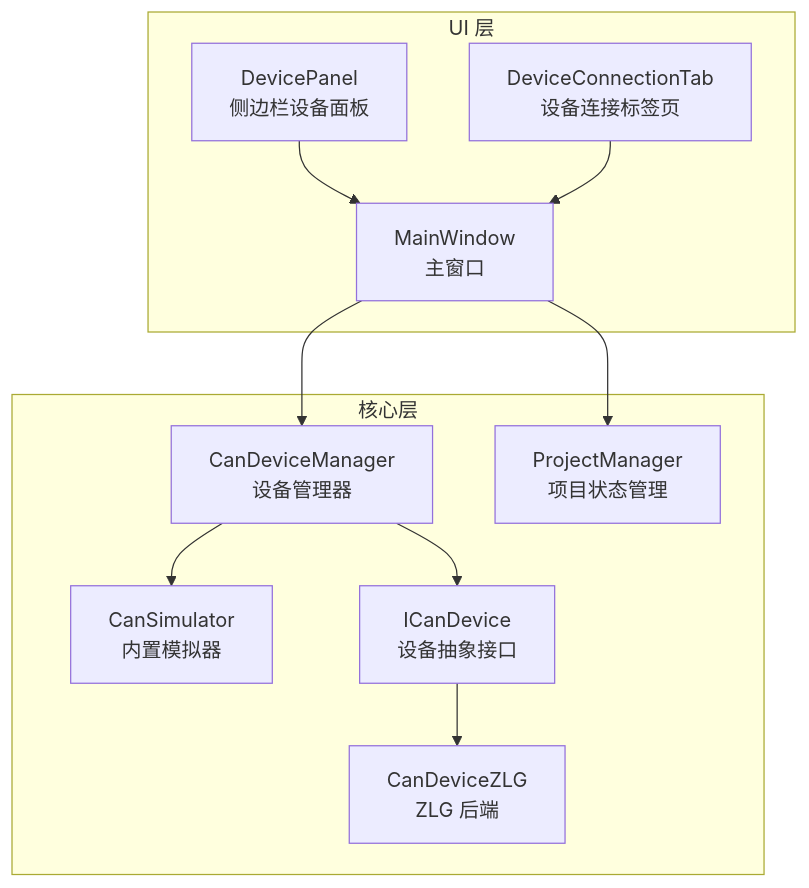
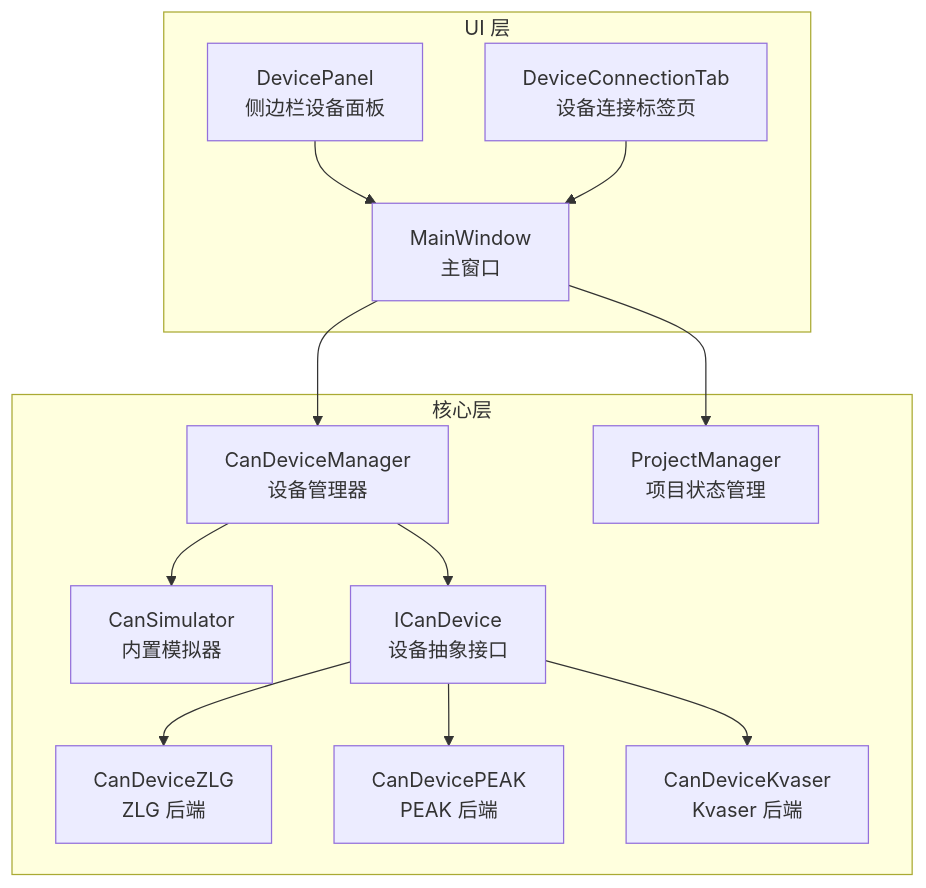
The first of 5 diagrams in .qoder/repowiki/zh/content/架构设计/UI系统设计/设备连接界面.md (jakecai1225-design/OpenBus), drawn with Mermaid before and after one commit. The commit also changed other lines of this file and 109 other files, not shown here.

````diff
--- a/.qoder/repowiki/zh/content/架构设计/UI系统设计/设备连接界面.md
+++ b/.qoder/repowiki/zh/content/架构设计/UI系统设计/设备连接界面.md
@@ -49,22 +50,26 @@
 ```mermaid
 graph TB
 subgraph "UI 层"
 DP["DevicePanel<br/>侧边栏设备面板"]
 DCT["DeviceConnectionTab<br/>设备连接标签页"]
 MW["MainWindow<br/>主窗口"]
 end
 subgraph "核心层"
 CDM["CanDeviceManager<br/>设备管理器"]
 SIM["CanSimulator<br/>内置模拟器"]
 IFACE["ICanDevice<br/>设备抽象接口"]
 ZLG["CanDeviceZLG<br/>ZLG 后端"]
+PEAK["CanDevicePEAK<br/>PEAK 后端"]
+KVASER["CanDeviceKvaser<br/>Kvaser 后端"]
 PM["ProjectManager<br/>项目状态管理"]
 end
 DP --> MW
 DCT --> MW
 MW --> CDM
 MW --> PM
 CDM --> SIM
 CDM --> IFACE
 IFACE --> ZLG
+IFACE --> PEAK
+IFACE --> KVASER
 ```
````
